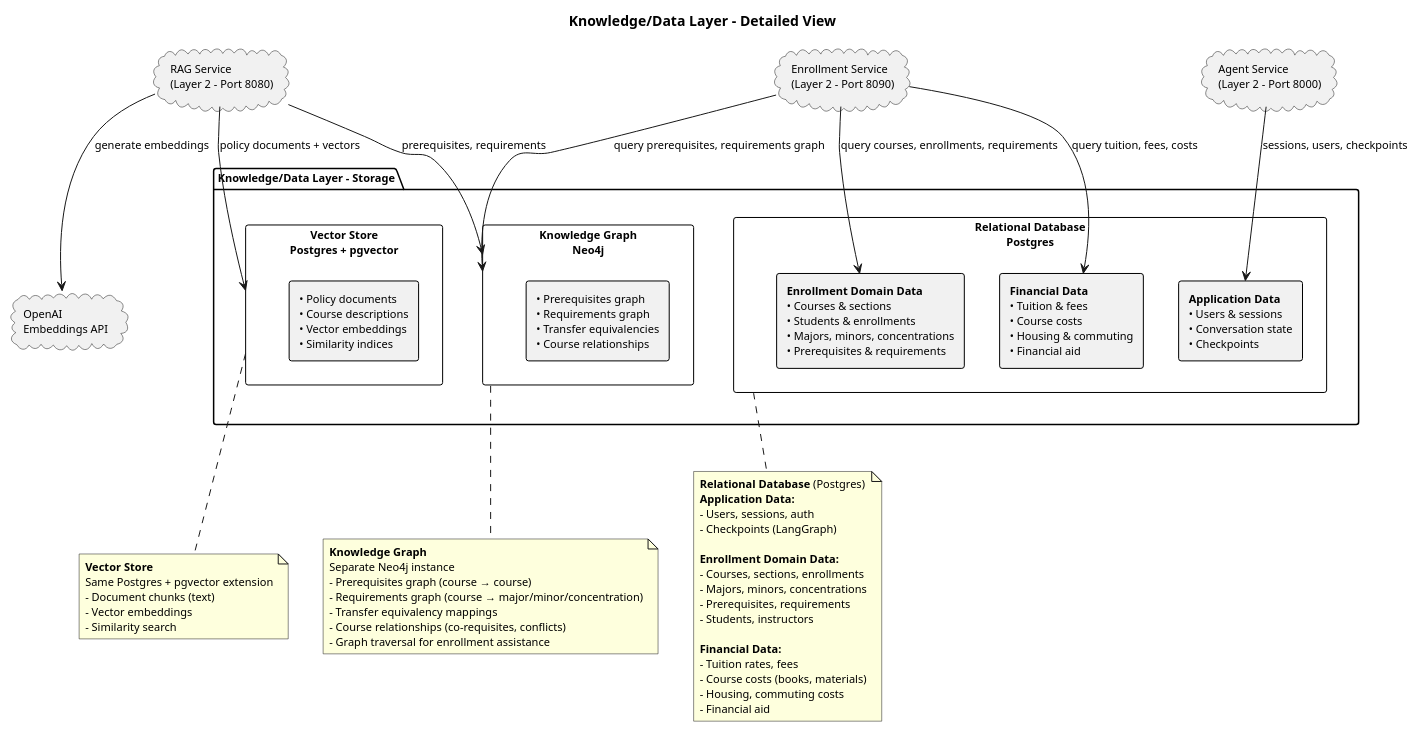
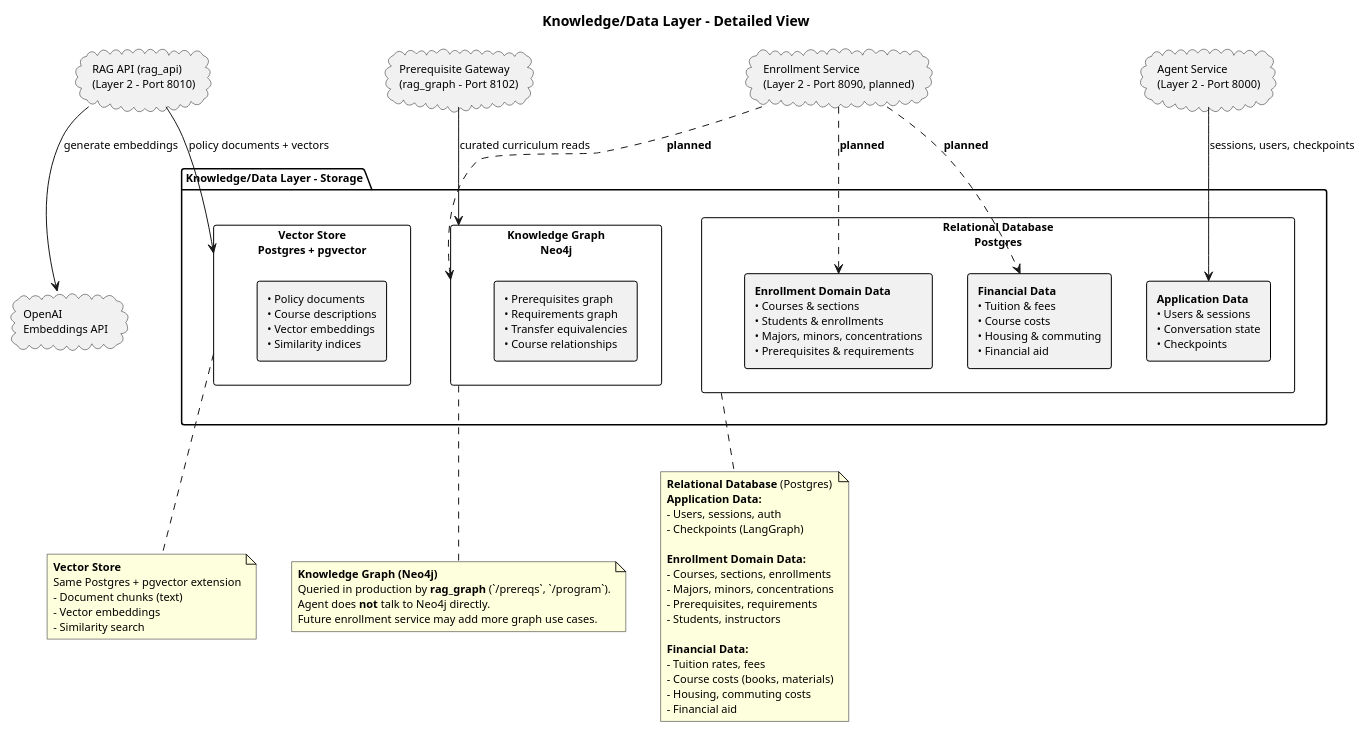
Before and after one commit to HenryNVP/enrollment-assistance: the diagram in docs/architecture/03_knowledge/A3_layer_knowledge_data_detailed.puml, drawn with PlantUML. The commit also changed 42 other files, not shown here.

```diff
--- a/docs/architecture/03_knowledge/A3_layer_knowledge_data_detailed.puml
+++ b/docs/architecture/03_knowledge/A3_layer_knowledge_data_detailed.puml
@@ -1,85 +1,85 @@
 @startuml A3_layer_knowledge_data_detailed
 title Knowledge/Data Layer – Detailed View
 
 skinparam shadowing false
 skinparam defaultFontName Arial
 skinparam defaultFontSize 11
 skinparam rectangle {
   BorderColor #000000
   BorderThickness 1
 }
 
 package "Knowledge/Data Layer - Storage" as KNOWLEDGE_LAYER {
   
   rectangle "**Relational Database**\nPostgres" as RELATIONAL_DB {
     rectangle "**Application Data**\n• Users & sessions\n• Conversation state\n• Checkpoints" as APP_DATA
     rectangle "**Enrollment Domain Data**\n• Courses & sections\n• Students & enrollments\n• Majors, minors, concentrations\n• Prerequisites & requirements" as ENROLLMENT_DATA
     rectangle "**Financial Data**\n• Tuition & fees\n• Course costs\n• Housing & commuting\n• Financial aid" as FINANCIAL_DATA
   }
   
   rectangle "**Vector Store**\nPostgres + pgvector" as VECTOR_STORE {
     rectangle "• Policy documents\n• Course descriptions\n• Vector embeddings\n• Similarity indices" as VECTOR_CORE
   }
   
   rectangle "**Knowledge Graph**\nNeo4j" as KNOWLEDGE_GRAPH {
     rectangle "• Prerequisites graph\n• Requirements graph\n• Transfer equivalencies\n• Course relationships" as GRAPH_CORE
   }
 }
 
 ' Services that use this layer
 cloud "Agent Service\n(Layer 2 - Port 8000)" as AGENT_SERVICE
-cloud "RAG Service\n(Layer 2 - Port 8080)" as RAG_SERVICE
-cloud "Enrollment Service\n(Layer 2 - Port 8090)" as ENROLLMENT_SERVICE
+cloud "RAG API (rag_api)\n(Layer 2 - Port 8010)" as RAG_SERVICE
+cloud "Prerequisite Gateway\n(rag_graph - Port 8102)" as RAG_GRAPH_SERVICE
+cloud "Enrollment Service\n(Layer 2 - Port 8090, planned)" as ENROLLMENT_SERVICE
 cloud "OpenAI\nEmbeddings API" as OPENAI
 
 ' Agent Service uses Application Data
 AGENT_SERVICE --> APP_DATA : sessions, users, checkpoints
 
-' RAG Service uses Vector Store & Graph
+' RAG API uses vectors only
 RAG_SERVICE --> OPENAI : generate embeddings
 RAG_SERVICE --> VECTOR_STORE : policy documents + vectors
-RAG_SERVICE --> KNOWLEDGE_GRAPH : prerequisites, requirements
 
-' Enrollment Service uses Enrollment & Financial Data
-ENROLLMENT_SERVICE --> ENROLLMENT_DATA : query courses, enrollments, requirements
-ENROLLMENT_SERVICE --> FINANCIAL_DATA : query tuition, fees, costs
-ENROLLMENT_SERVICE --> KNOWLEDGE_GRAPH : query prerequisites, requirements graph
+' rag_graph uses Neo4j
+RAG_GRAPH_SERVICE --> KNOWLEDGE_GRAPH : curated curriculum reads
+
+' Enrollment Service (target)
+ENROLLMENT_SERVICE ..> ENROLLMENT_DATA : **planned**
+ENROLLMENT_SERVICE ..> FINANCIAL_DATA : **planned**
+ENROLLMENT_SERVICE ..> KNOWLEDGE_GRAPH : **planned**
 
 note bottom of RELATIONAL_DB
 **Relational Database** (Postgres)
 **Application Data:**
 - Users, sessions, auth
 - Checkpoints (LangGraph)
 
 **Enrollment Domain Data:**
 - Courses, sections, enrollments
 - Majors, minors, concentrations
 - Prerequisites, requirements
 - Students, instructors
 
 **Financial Data:**
 - Tuition rates, fees
 - Course costs (books, materials)
 - Housing, commuting costs
 - Financial aid
 end note
 
 note bottom of VECTOR_STORE
 **Vector Store**
 Same Postgres + pgvector extension
 - Document chunks (text)
 - Vector embeddings
 - Similarity search
 end note
 
 note bottom of KNOWLEDGE_GRAPH
-**Knowledge Graph**
-Separate Neo4j instance
-- Prerequisites graph (course → course)
-- Requirements graph (course → major/minor/concentration)
-- Transfer equivalency mappings
-- Course relationships (co-requisites, conflicts)
-- Graph traversal for enrollment assistance
+**Knowledge Graph (Neo4j)**
+Queried in production by **rag_graph** (`/prereqs`, `/program`).
+Agent does **not** talk to Neo4j directly.
+Future enrollment service may add more graph use cases.
 end note
 
 @enduml
```
